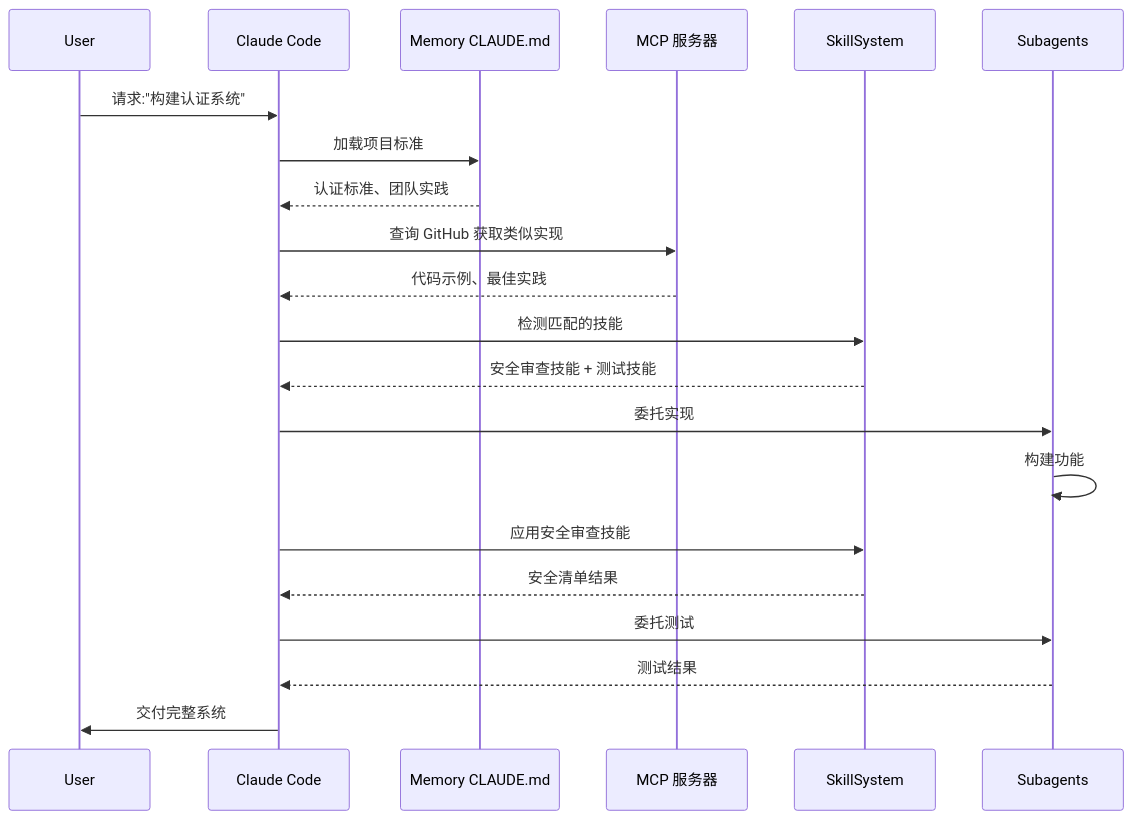
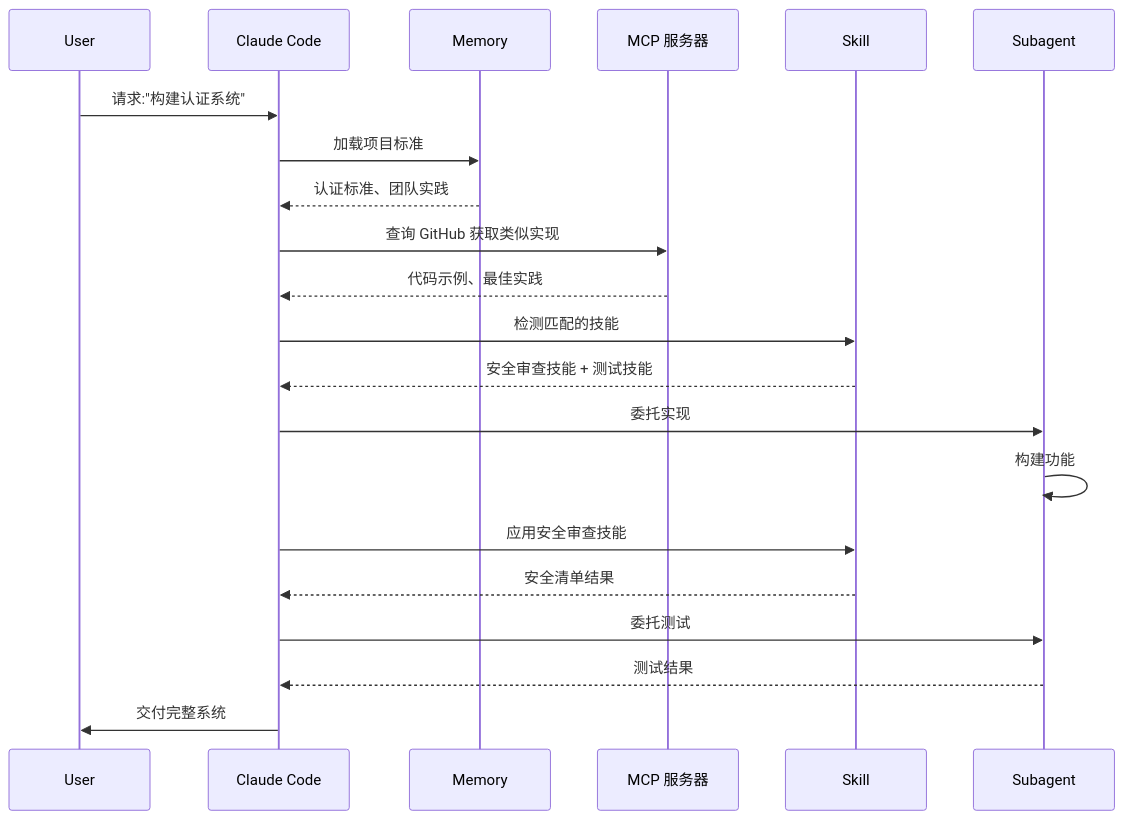
Diagram 29 of 31 in claude_concepts_guide.md (Rx782-Fss/claude-howto-zh), drawn with Mermaid before and after one commit. The commit also changed other lines of this file and 104 other files, not shown here.

````diff
--- a/claude_concepts_guide.md
+++ b/claude_concepts_guide.md
@@ -2685,24 +2668,24 @@
 ```mermaid
 sequenceDiagram
     participant User
     participant Claude as Claude Code
-    participant Memory as Memory CLAUDE.md
+    participant Memory as Memory
     participant MCP as MCP 服务器
-    participant Skills as SkillSystem
-    participant SubAgent as Subagents
+    participant Skills as Skill
+    participant SubAgent as Subagent
 
     User->>Claude: 请求:"构建认证系统"
     Claude->>Memory: 加载项目标准
     Memory-->>Claude: 认证标准、团队实践
     Claude->>MCP: 查询 GitHub 获取类似实现
     MCP-->>Claude: 代码示例、最佳实践
     Claude->>Skills: 检测匹配的技能
     Skills-->>Claude: 安全审查技能 + 测试技能
     Claude->>SubAgent: 委托实现
     SubAgent->>SubAgent: 构建功能
     Claude->>Skills: 应用安全审查技能
     Skills-->>Claude: 安全清单结果
     Claude->>SubAgent: 委托测试
     SubAgent-->>Claude: 测试结果
     Claude->>User: 交付完整系统
 ```
````
